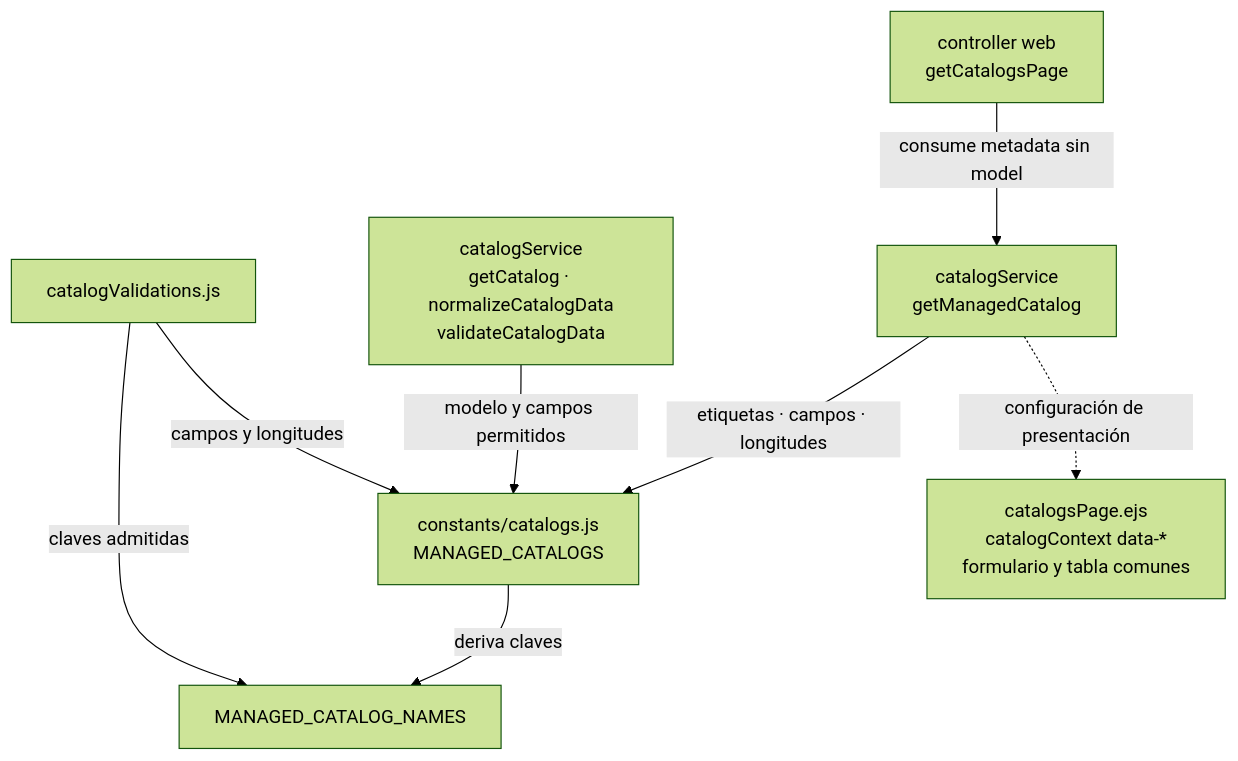
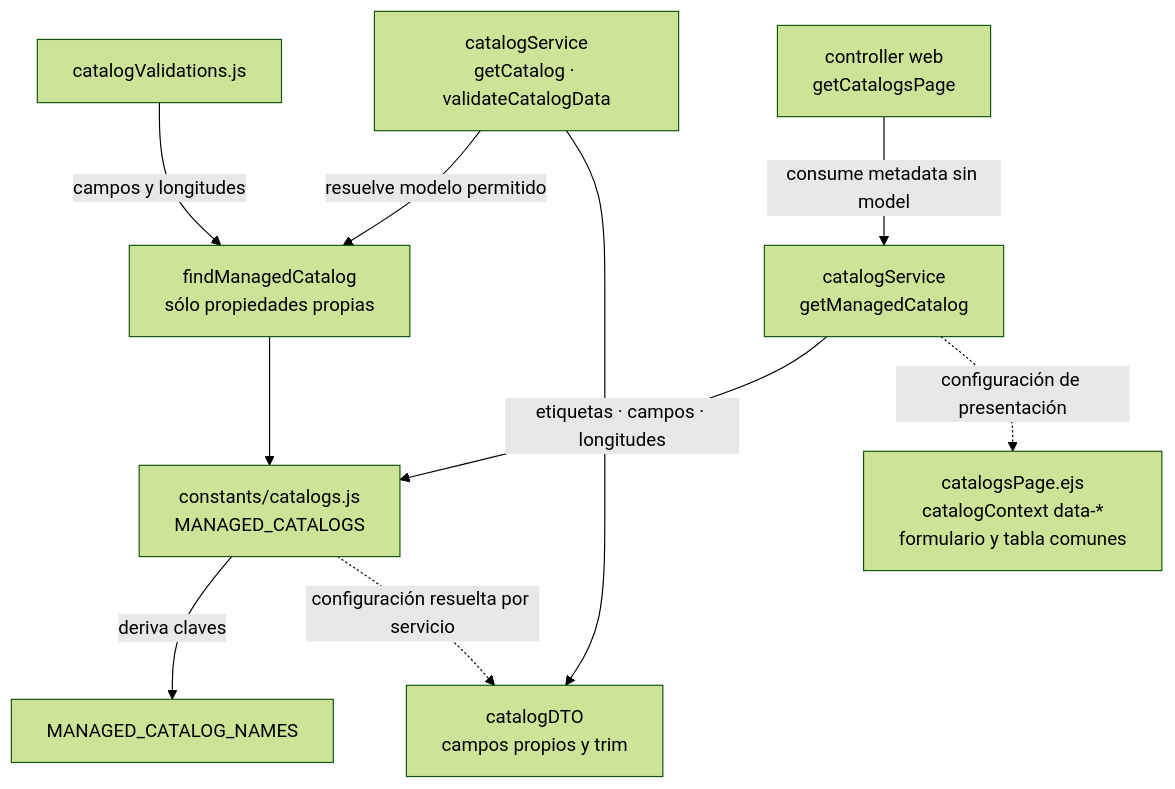
One commit to gpgsistemas01/nexus changed the diagram in back/docs/architecture/views/development/design-and-construction-patterns/08-catalog-registry-and-allowlist.md. Above: the diagram before and after it, drawn with Mermaid (forest theme). The commit also changed other lines of this file and 54 other files, not shown here.

````diff
--- a/back/docs/architecture/views/development/design-and-construction-patterns/08-catalog-registry-and-allowlist.md
+++ b/back/docs/architecture/views/development/design-and-construction-patterns/08-catalog-registry-and-allowlist.md
@@ -24,10 +24,12 @@
 ```mermaid
 flowchart TB
     registry["constants/catalogs.js<br/>MANAGED_CATALOGS"] -->|deriva claves| names["MANAGED_CATALOG_NAMES"]
-    validator["catalogValidations.js"] -->|claves admitidas| names
-    validator -->|campos y longitudes| registry
-    service["catalogService<br/>getCatalog · normalizeCatalogData<br/>validateCatalogData"] -->|modelo y campos permitidos| registry
+    lookup["findManagedCatalog<br/>sólo propiedades propias"] --> registry
+    validator["catalogValidations.js"] -->|campos y longitudes| lookup
+    service["catalogService<br/>getCatalog · validateCatalogData"] -->|resuelve modelo permitido| lookup
+    service --> dto["catalogDTO<br/>campos propios y trim"]
+    registry -.->|configuración resuelta por servicio| dto
     metadata["catalogService<br/>getManagedCatalog"] -->|etiquetas · campos · longitudes| registry
     web["controller web<br/>getCatalogsPage"] -->|consume metadata sin model| metadata
     metadata -.->|configuración de presentación| view["catalogsPage.ejs<br/>catalogContext data-*<br/>formulario y tabla comunes"]
 ```
````
